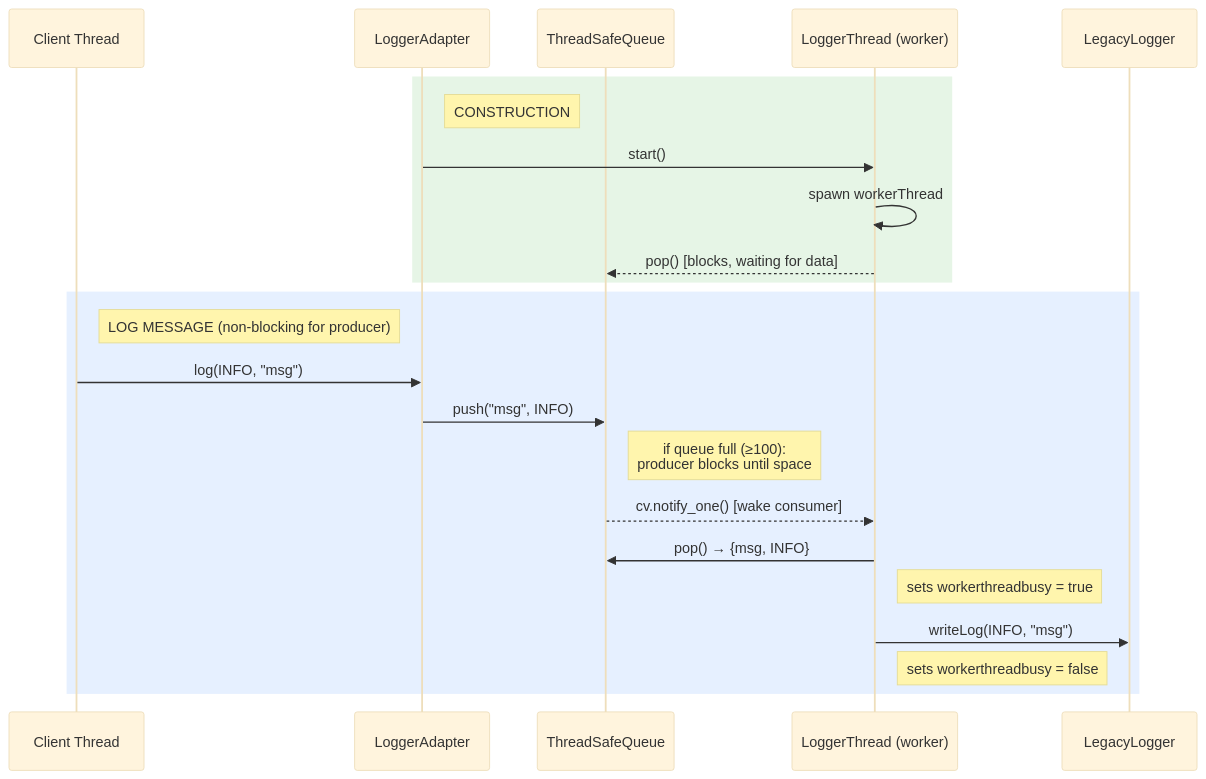
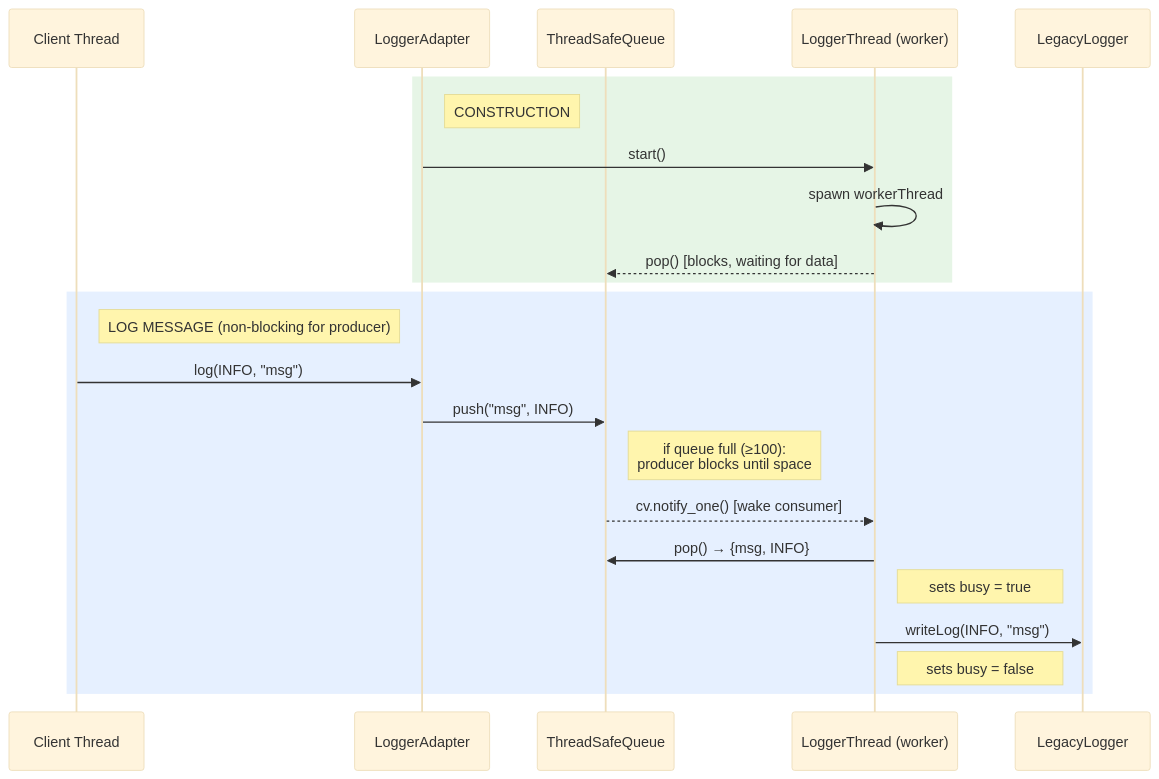
The second of 3 diagrams in Design_patterns/Design_pattern_project/Design_doc/Thread_Safe_Logger_Design.md (Pavan-Learning/my_cpp_program), drawn with Mermaid (base theme) before and after one commit. The commit also changed other lines of this file and 12 other files, not shown here.

````diff
--- a/Design_patterns/Design_pattern_project/Design_doc/Thread_Safe_Logger_Design.md
+++ b/Design_patterns/Design_pattern_project/Design_doc/Thread_Safe_Logger_Design.md
@@ -138,27 +141,27 @@
 ```mermaid
 sequenceDiagram
     participant C as Client Thread
     participant LA as LoggerAdapter
     participant Q as ThreadSafeQueue
     participant LT as LoggerThread (worker)
     participant LL as LegacyLogger
 
     rect rgb(230, 245, 230)
     Note right of LA: CONSTRUCTION
     LA->>LT: start()
     LT->>LT: spawn workerThread
     LT-->>Q: pop() [blocks, waiting for data]
     end
 
     rect rgb(230, 240, 255)
     Note right of C: LOG MESSAGE (non-blocking for producer)
     C->>LA: log(INFO, "msg")
     LA->>Q: push("msg", INFO)
     Note right of Q: if queue full (≥100):<br/>producer blocks until space
     Q-->>LT: cv.notify_one() [wake consumer]
     LT->>Q: pop() → {msg, INFO}
-    Note right of LT: sets workerthreadbusy = true
+    Note right of LT: sets busy = true
     LT->>LL: writeLog(INFO, "msg")
-    Note right of LT: sets workerthreadbusy = false
+    Note right of LT: sets busy = false
     end
 ```
````
